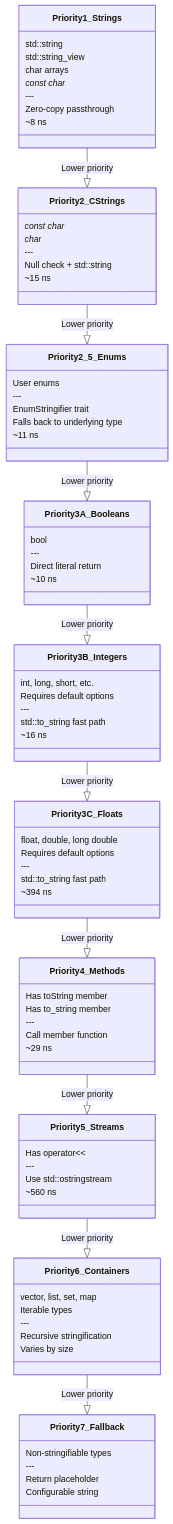
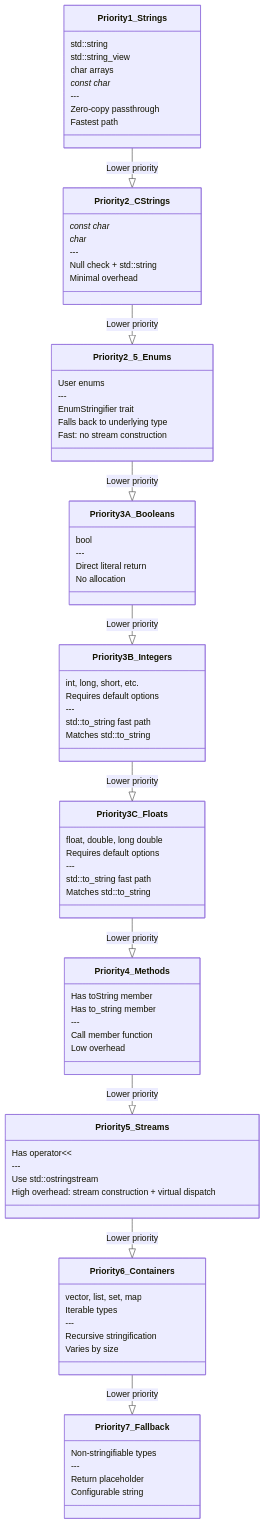
One commit to schroedermatthew/FatP changed the second of 8 diagrams in components/Stringify/docs/User Manual - Stringify.md. Above: the diagram before and after it, drawn with Mermaid. The commit also changed other lines of this file and 25 other files, not shown here.

```diff
--- a/components/Stringify/docs/User Manual - Stringify.md
+++ b/components/Stringify/docs/User Manual - Stringify.md
@@ -409,7 +409,7 @@
         const char*
         ---
         Zero-copy passthrough
-        ~8 ns
+        Fastest path
     }
     
     class Priority2_CStrings {
@@ -417,7 +417,7 @@
         char*
         ---
         Null check + std::string
-        ~15 ns
+        Minimal overhead
     }
     
     class Priority2_5_Enums {
@@ -425,14 +425,14 @@
         ---
         EnumStringifier trait
         Falls back to underlying type
-        ~11 ns
+        Fast: no stream construction
     }
     
     class Priority3A_Booleans {
         bool
         ---
         Direct literal return
-        ~10 ns
+        No allocation
     }
     
     class Priority3B_Integers {
@@ -440,7 +440,7 @@
         Requires default options
         ---
         std::to_string fast path
-        ~16 ns
+        Matches std::to_string
     }
     
     class Priority3C_Floats {
@@ -448,7 +448,7 @@
         Requires default options
         ---
         std::to_string fast path
-        ~394 ns
+        Matches std::to_string
     }
     
     class Priority4_Methods {
@@ -456,14 +456,14 @@
         Has to_string member
         ---
         Call member function
-        ~29 ns
+        Low overhead
     }
     
     class Priority5_Streams {
         Has operator<<
         ---
         Use std::ostringstream
-        ~560 ns
+        High overhead: stream construction + virtual dispatch
     }
     
     class Priority6_Containers {
```
